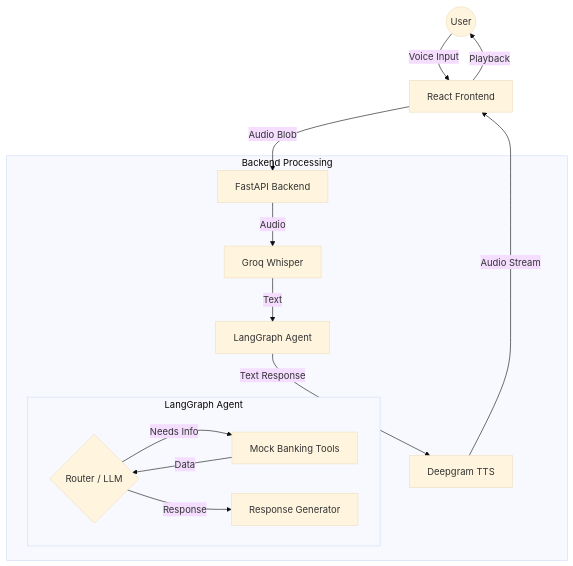
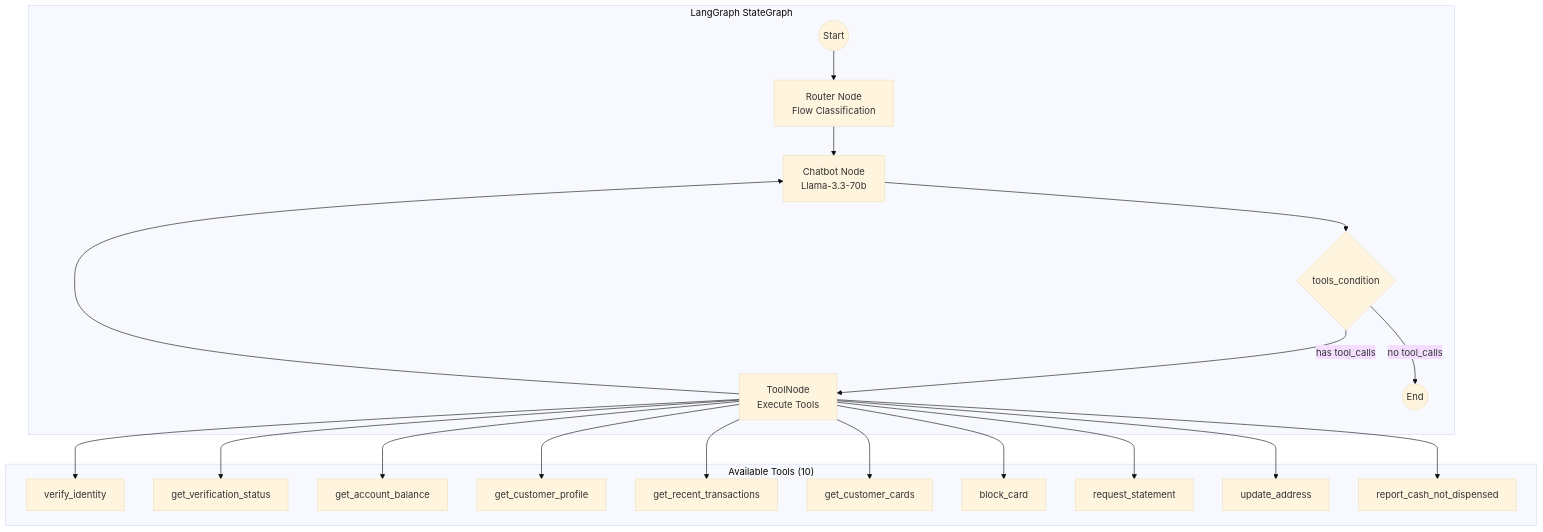
Before and after one commit to Sandeepa200/voice-agent-for-bank: the third of 3 diagrams in docs/ARCHITECTURE_PLAN.md, drawn with Mermaid (base theme). The commit also changed other lines of this file, not shown here.

````diff
--- a/docs/ARCHITECTURE_PLAN.md
+++ b/docs/ARCHITECTURE_PLAN.md
@@ -20,22 +151,28 @@
 ```mermaid
 graph TD
-    User((User)) -->|Voice Input| FE[React Frontend]
-    FE -->|Audio Blob| BE[FastAPI Backend]
-    
-    subgraph "Backend Processing"
-        BE -->|Audio| STT[Groq Whisper]
-        STT -->|Text| Agent[LangGraph Agent]
-        
-        subgraph "LangGraph Agent"
-            Router{Router / LLM}
-            Router -->|Needs Info| Tools[Mock Banking Tools]
-            Tools -->|Data| Router
-            Router -->|Response| Final[Response Generator]
-        end
-        
-        Agent -->|Text Response| TTS[Deepgram TTS]
+    subgraph "LangGraph StateGraph"
+        START((Start)) --> Router
+
+        Router[Router Node<br/>Flow Classification] --> Chatbot
+
+        Chatbot[Chatbot Node<br/>Llama-3.3-70b] --> Condition{tools_condition}
+
+        Condition -->|has tool_calls| Tools[ToolNode<br/>Execute Tools]
+        Tools --> Chatbot
+
+        Condition -->|no tool_calls| END((End))
     end
-    
-    TTS -->|Audio Stream| FE
-    FE -->|Playback| User
+
+    subgraph "Available Tools (10)"
+        Tools --> T1[verify_identity]
+        Tools --> T2[get_verification_status]
+        Tools --> T3[get_account_balance]
+        Tools --> T4[get_customer_profile]
+        Tools --> T5[get_recent_transactions]
+        Tools --> T6[get_customer_cards]
+        Tools --> T7[block_card]
+        Tools --> T8[request_statement]
+        Tools --> T9[update_address]
+        Tools --> T10[report_cash_not_dispensed]
+    end
 ```
````
